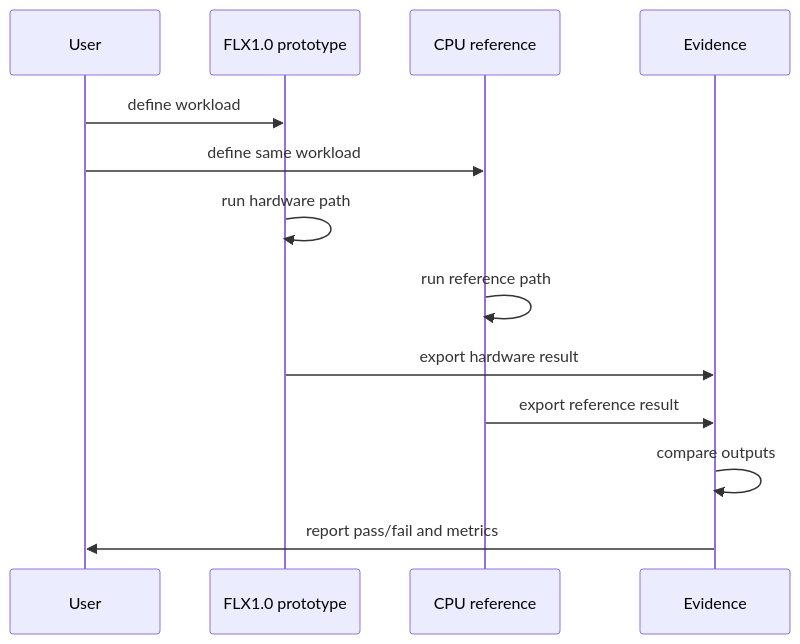
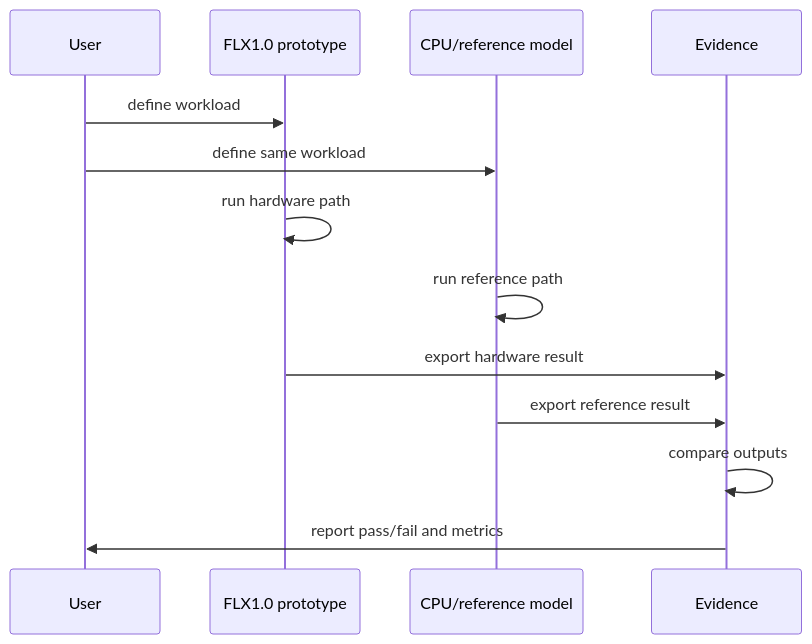
Before and after one commit to Martin123132/FLX1.0: the second of 2 diagrams in ARCHITECTURE_OVERVIEW.md, drawn with Mermaid. The commit also changed other lines of this file and 672 other files, not shown here.

````diff
--- a/ARCHITECTURE_OVERVIEW.md
+++ b/ARCHITECTURE_OVERVIEW.md
@@ -34,16 +36,16 @@
 ```mermaid
 sequenceDiagram
     participant User
     participant FLX as FLX1.0 prototype
-    participant CPU as CPU reference
+    participant REF as CPU/reference model
     participant Evidence
 
     User->>FLX: define workload
-    User->>CPU: define same workload
+    User->>REF: define same workload
     FLX->>FLX: run hardware path
-    CPU->>CPU: run reference path
+    REF->>REF: run reference path
     FLX->>Evidence: export hardware result
-    CPU->>Evidence: export reference result
+    REF->>Evidence: export reference result
     Evidence->>Evidence: compare outputs
     Evidence->>User: report pass/fail and metrics
 ```
````
